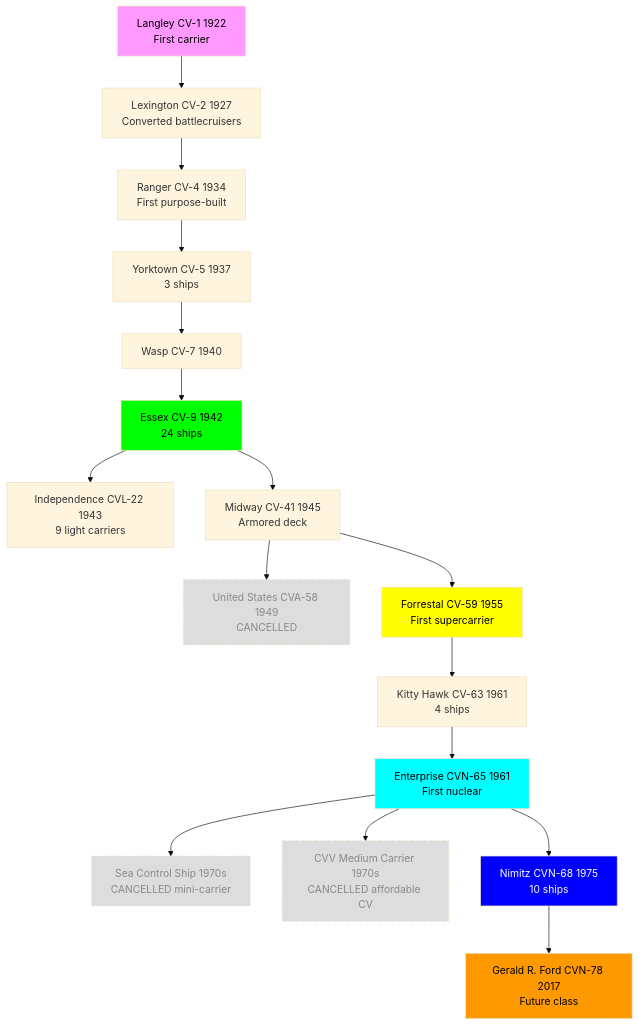
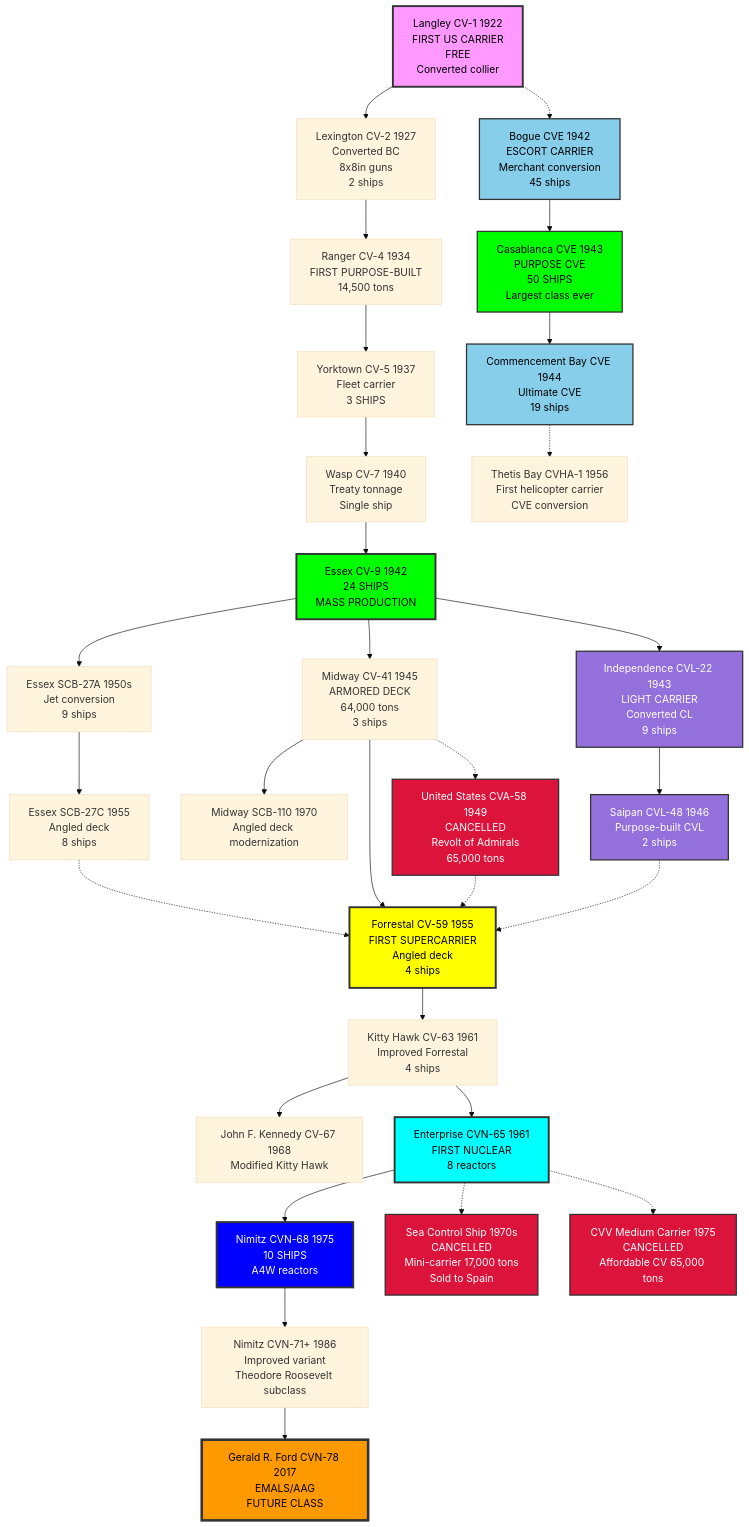
The first of 2 diagrams in USA/Overviews/00_Carrier_Research_Tree.md (AsloWaves/ship-research-trees), drawn with Mermaid (base theme) before and after one commit. The commit also changed other lines of this file and 10 other files, not shown here.

First line of the commit message:
Add missing USA carrier classes and modernization variants

````diff
--- a/USA/Overviews/00_Carrier_Research_Tree.md
+++ b/USA/Overviews/00_Carrier_Research_Tree.md
@@ -34,31 +48,98 @@
 ```mermaid
 graph TD
-    LANG[Langley CV-1 1922<br/>First carrier] --> LEX[Lexington CV-2 1927<br/>Converted battlecruisers]
-    LEX --> RAN[Ranger CV-4 1934<br/>First purpose-built]
-    RAN --> YORK[Yorktown CV-5 1937<br/>3 ships]
-    YORK --> WASP[Wasp CV-7 1940]
-    WASP --> ESS[Essex CV-9 1942<br/>24 ships]
+    %% ============================================================
+    %% BRANCH 1: FLEET CARRIER MAIN LINE
+    %% ============================================================
+    LANG[Langley CV-1 1922<br/>FIRST US CARRIER<br/>FREE<br/>Converted collier]
+    LANG --> LEX[Lexington CV-2 1927<br/>Converted BC<br/>8x8in guns<br/>2 ships]
+    LEX --> RAN[Ranger CV-4 1934<br/>FIRST PURPOSE-BUILT<br/>14,500 tons]
 
-    ESS --> IND[Independence CVL-22 1943<br/>9 light carriers]
-    ESS --> MID[Midway CV-41 1945<br/>Armored deck]
+    RAN --> YORK[Yorktown CV-5 1937<br/>Fleet carrier<br/>3 SHIPS]
+    YORK --> WASP[Wasp CV-7 1940<br/>Treaty tonnage<br/>Single ship]
+    WASP --> ESS[Essex CV-9 1942<br/>24 SHIPS<br/>MASS PRODUCTION]
 
-    MID --> US58[United States CVA-58 1949<br/>CANCELLED]
-    MID --> FOR[Forrestal CV-59 1955<br/>First supercarrier]
-    FOR --> KHAWK[Kitty Hawk CV-63 1961<br/>4 ships]
+    %% Essex modernizations
+    ESS --> ESSMOD[Essex SCB-27A 1950s<br/>Jet conversion<br/>9 ships]
+    ESSMOD --> ESSA[Essex SCB-27C 1955<br/>Angled deck<br/>8 ships]
 
-    KHAWK --> ENT[Enterprise CVN-65 1961<br/>First nuclear]
-    ENT --> SCS[Sea Control Ship 1970s<br/>CANCELLED mini-carrier]
-    ENT --> CVV[CVV Medium Carrier 1970s<br/>CANCELLED affordable CV]
-    ENT --> NIM[Nimitz CVN-68 1975<br/>10 ships]
-    NIM --> FORD[Gerald R. Ford CVN-78 2017<br/>Future class]
+    %% To Heavy Carriers
+    ESS --> MID[Midway CV-41 1945<br/>ARMORED DECK<br/>64,000 tons<br/>3 ships]
+    MID --> MIDMOD[Midway SCB-110 1970<br/>Angled deck modernization]
 
-    style LANG fill:#f9f,color:#000
-    style ESS fill:#0f0,color:#000
-    style FOR fill:#ff0,color:#000
-    style ENT fill:#0ff,color:#000
-    style NIM fill:#00f,color:#fff
-    style FORD fill:#f90,color:#000
-    style US58 fill:#ddd,color:#888,stroke-dasharray: 5 5
-    style SCS fill:#ddd,color:#888,stroke-dasharray: 5 5
-    style CVV fill:#ddd,color:#888,stroke-dasharray: 5 5
+    %% To Supercarriers
+    MID --> FOR[Forrestal CV-59 1955<br/>FIRST SUPERCARRIER<br/>Angled deck<br/>4 ships]
+    ESSA -.-> FOR
+
+    FOR --> KHAWK[Kitty Hawk CV-63 1961<br/>Improved Forrestal<br/>4 ships]
+    KHAWK --> JFK[John F. Kennedy CV-67 1968<br/>Modified Kitty Hawk]
+
+    %% To Nuclear Carriers
+    KHAWK --> ENT[Enterprise CVN-65 1961<br/>FIRST NUCLEAR<br/>8 reactors]
+    ENT --> NIM[Nimitz CVN-68 1975<br/>10 SHIPS<br/>A4W reactors]
+    NIM --> NIMTD[Nimitz CVN-71+ 1986<br/>Improved variant<br/>Theodore Roosevelt subclass]
+    NIMTD --> FORD[Gerald R. Ford CVN-78 2017<br/>EMALS/AAG<br/>FUTURE CLASS]
+
+    %% ============================================================
+    %% BRANCH 2: LIGHT/ESCORT CARRIER LINE
+    %% ============================================================
+    %% Light carriers from cruiser conversions
+    ESS --> IND[Independence CVL-22 1943<br/>LIGHT CARRIER<br/>Converted CL<br/>9 ships]
+    IND --> SAIP[Saipan CVL-48 1946<br/>Purpose-built CVL<br/>2 ships]
+
+    %% Escort carriers (CVE)
+    LANG -.-> BOGUE[Bogue CVE 1942<br/>ESCORT CARRIER<br/>Merchant conversion<br/>45 ships]
+    BOGUE --> CASAB[Casablanca CVE 1943<br/>PURPOSE CVE<br/>50 SHIPS<br/>Largest class ever]
+    CASAB --> COMM[Commencement Bay CVE 1944<br/>Ultimate CVE<br/>19 ships]
+
+    %% CVE to support carriers
+    COMM -.-> THET[Thetis Bay CVHA-1 1956<br/>First helicopter carrier<br/>CVE conversion]
+
+    %% Light carriers merge to supercarriers
+    SAIP -.-> FOR
+
+    %% ============================================================
+    %% BRANCH 3: EXPERIMENTAL/CANCELLED LINE
+    %% ============================================================
+    %% Cancelled programs
+    MID -.-> US58[United States CVA-58 1949<br/>CANCELLED<br/>Revolt of Admirals<br/>65,000 tons]
+    US58 -.-> FOR
+
+    ENT -.-> SCS[Sea Control Ship 1970s<br/>CANCELLED<br/>Mini-carrier 17,000 tons<br/>Sold to Spain]
+    ENT -.-> CVV[CVV Medium Carrier 1975<br/>CANCELLED<br/>Affordable CV 65,000 tons]
+
+    %% ============================================================
+    %% STYLING
+    %% ============================================================
+
+    %% First carrier
+    style LANG fill:#f9f,stroke:#333,stroke-width:3px,color:#000
+
+    %% Mass production
+    style ESS fill:#0f0,stroke:#333,stroke-width:3px,color:#000
+    style CASAB fill:#0f0,stroke:#333,stroke-width:2px,color:#000
+
+    %% Supercarrier revolution
+    style FOR fill:#ff0,stroke:#333,stroke-width:3px,color:#000
+
+    %% First nuclear
+    style ENT fill:#0ff,stroke:#333,stroke-width:3px,color:#000
+
+    %% Nimitz class
+    style NIM fill:#00f,stroke:#333,stroke-width:3px,color:#fff
+
+    %% Future
+    style FORD fill:#f90,stroke:#333,stroke-width:4px,color:#000
+
+    %% Cancelled designs
+    style US58 fill:#DC143C,stroke:#333,stroke-width:2px,color:#fff
+    style SCS fill:#DC143C,stroke:#333,stroke-width:2px,color:#fff
+    style CVV fill:#DC143C,stroke:#333,stroke-width:2px,color:#fff
+
+    %% Escort carriers
+    style BOGUE fill:#87CEEB,stroke:#333,stroke-width:2px,color:#000
+    style COMM fill:#87CEEB,stroke:#333,stroke-width:2px,color:#000
+
+    %% Light carriers
+    style IND fill:#9370DB,stroke:#333,stroke-width:2px,color:#fff
+    style SAIP fill:#9370DB,stroke:#333,stroke-width:2px,color:#fff
 ```
````
